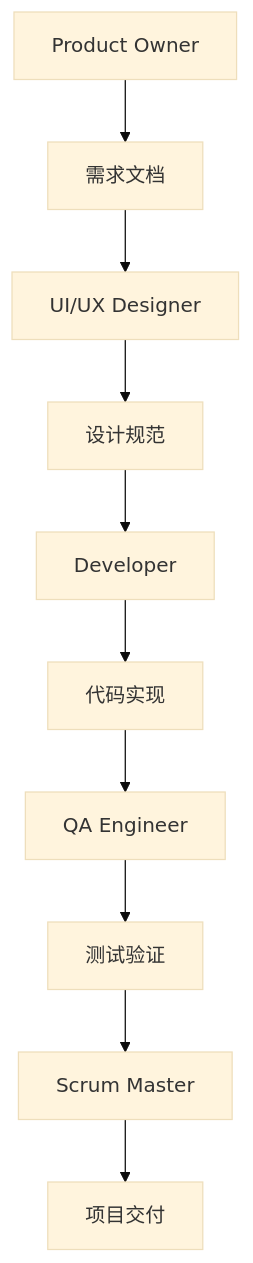
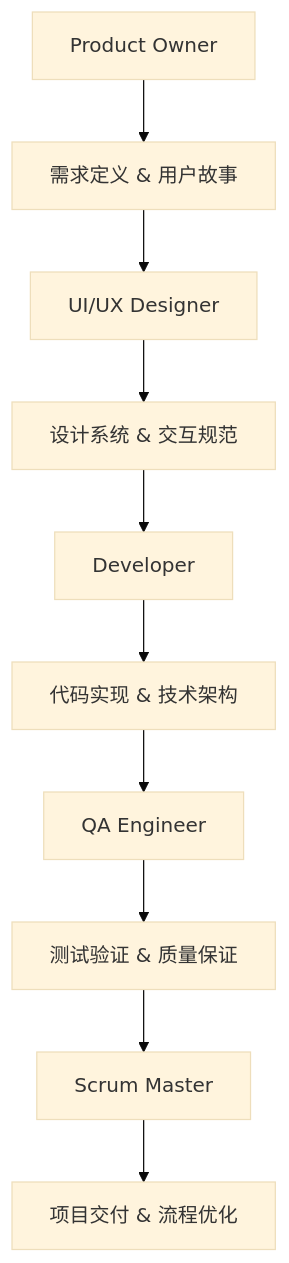
One commit to championcp/worklog-recorder changed the diagram in docs/README.md. Above: the diagram before and after it, drawn with Mermaid (base theme). The commit also changed other lines of this file and 34 other files, not shown here.

````diff
--- a/docs/README.md
+++ b/docs/README.md
@@ -113,12 +66,12 @@
 ```mermaid
 graph TD
-    A[Product Owner] --> B[需求文档]
+    A[Product Owner] --> B[需求定义 & 用户故事]
     B --> C[UI/UX Designer]
-    C --> D[设计规范]
+    C --> D[设计系统 & 交互规范]
     D --> E[Developer]
-    E --> F[代码实现]
+    E --> F[代码实现 & 技术架构]
     F --> G[QA Engineer]
-    G --> H[测试验证]
+    G --> H[测试验证 & 质量保证]
     H --> I[Scrum Master]
-    I --> J[项目交付]
+    I --> J[项目交付 & 流程优化]
 ```
````
